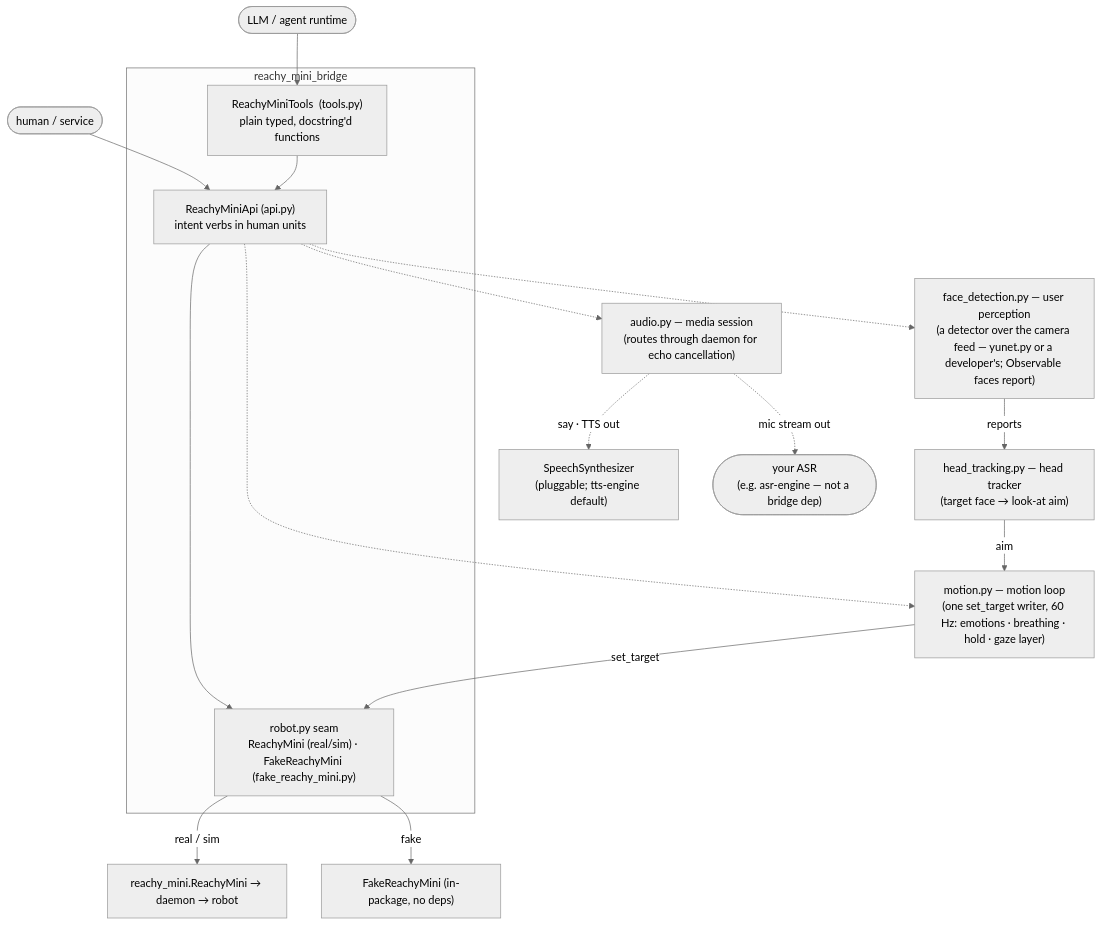
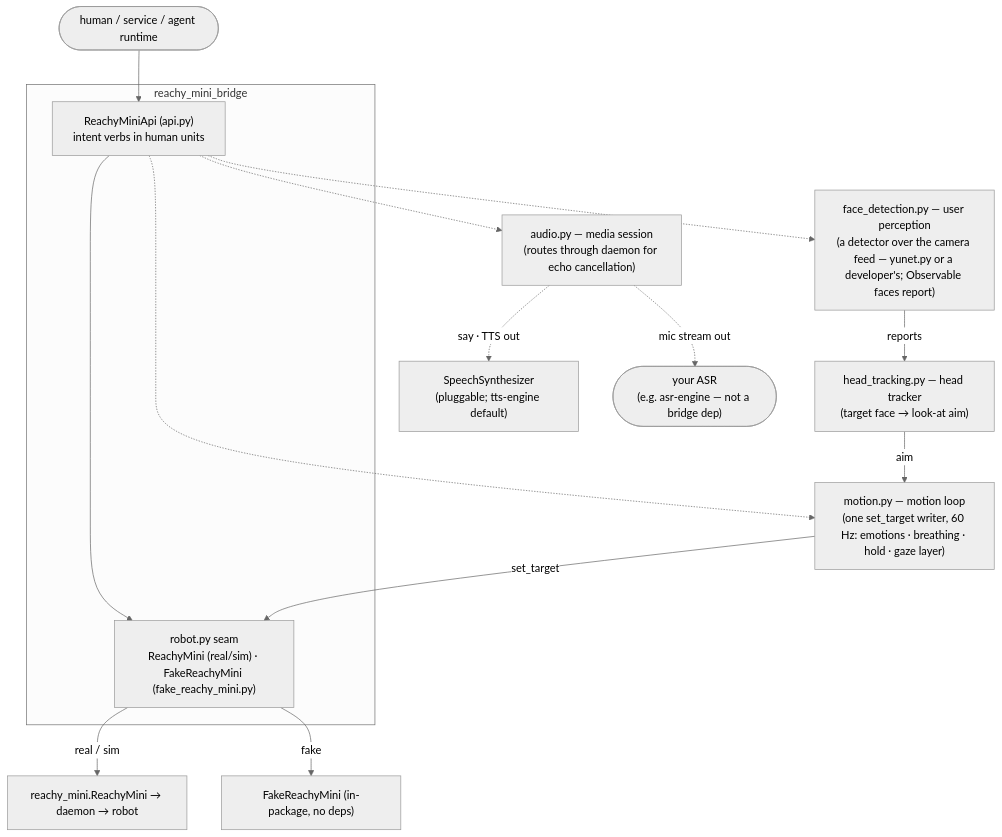
One commit to funwithagents/reachy-mini-bridge changed the diagram in specs/_overview.md. Above: the diagram before and after it, drawn with Mermaid (neutral theme). The commit also changed other lines of this file and 15 other files, not shown here.

First line of the commit message:
Remove the agent-tools layer (tools.py and its Draft spec)

````diff
--- a/specs/_overview.md
+++ b/specs/_overview.md
@@ -13,21 +13,19 @@
 ```mermaid
 flowchart TD
-    agent([LLM / agent runtime]) --> tools
-    caller([human / service]) --> api
+    caller([human / service / agent runtime]) --> api
     subgraph bridge["reachy_mini_bridge"]
-        tools["ReachyMiniTools  (tools.py)<br/>plain typed, docstring'd functions"]
         api["ReachyMiniApi  (api.py)<br/>intent verbs in human units"]
         client["robot.py seam<br/>ReachyMini (real/sim) · FakeReachyMini (fake_reachy_mini.py)"]
-        tools --> api --> client
+        api --> client
     end
     client -->|real / sim| upstream["reachy_mini.ReachyMini → daemon → robot"]
     client -->|fake| fake["FakeReachyMini (in-package, no deps)"]
     api -.-> audio["audio.py — media session<br/>(routes through daemon for echo cancellation)"]
     api -.-> motion["motion.py — motion loop<br/>(one set_target writer, 60 Hz: emotions · breathing · hold · gaze layer)"]
     api -.-> faces["face_detection.py — user perception<br/>(a detector over the camera feed — yunet.py or a developer's; Observable faces report)"]
     faces -->|reports| tracker["head_tracking.py — head tracker<br/>(target face → look-at aim)"]
     tracker -->|aim| motion
     motion -->|set_target| client
     audio -.->|say · TTS out| synth["SpeechSynthesizer<br/>(pluggable; tts-engine default)"]
     audio -.->|mic stream out| yourasr(["your ASR<br/>(e.g. asr-engine — not a bridge dep)"])
 ```
````
